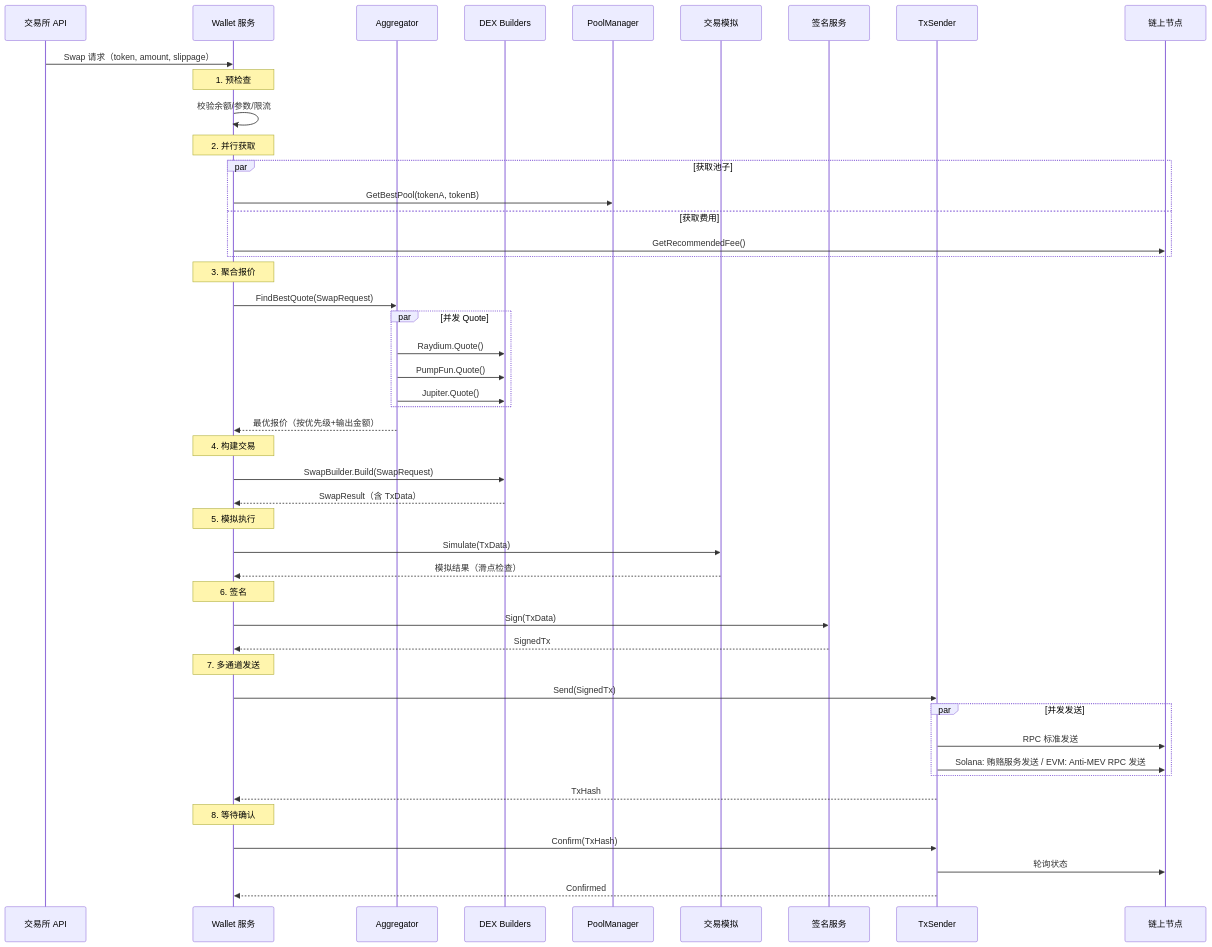
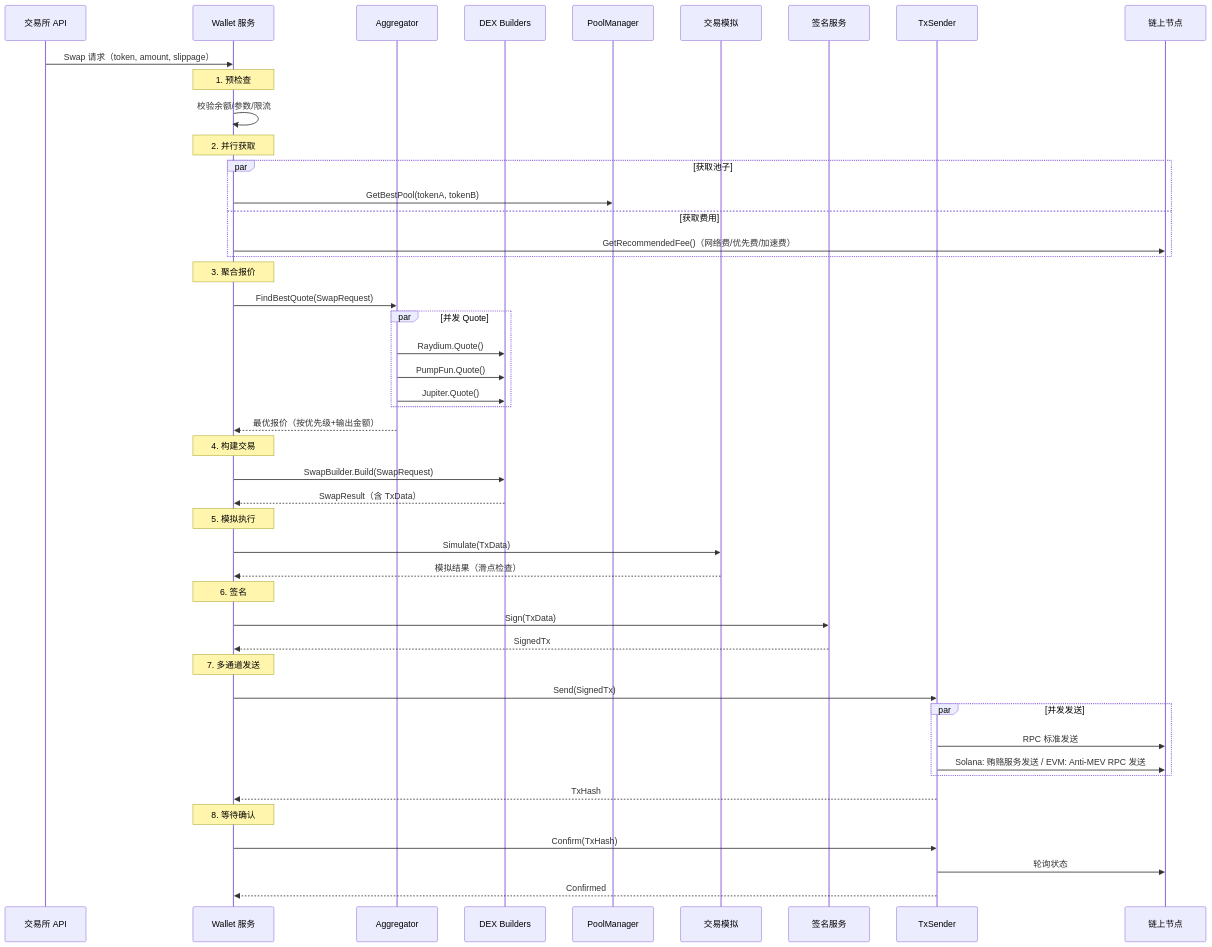
The second of 5 diagrams in 00-architecture/README.md (Dawanyezhi/dex-trade-engine), drawn with Mermaid before and after one commit. The commit also changed other lines of this file and 11 other files, not shown here.

Commit message:
补充文档与流程图

````diff
--- a/00-architecture/README.md
+++ b/00-architecture/README.md
@@ -125,58 +126,58 @@
 ```mermaid
 sequenceDiagram
     participant API as 交易所 API
     participant Wallet as Wallet 服务
     participant Agg as Aggregator
     participant DEX as DEX Builders
     participant Pool as PoolManager
     participant Sim as 交易模拟
     participant Sign as 签名服务
     participant TX as TxSender
     participant Chain as 链上节点
 
     API->>Wallet: Swap 请求（token, amount, slippage）
 
     Note over Wallet: 1. 预检查
     Wallet->>Wallet: 校验余额/参数/限流
 
     Note over Wallet: 2. 并行获取
     par 获取池子
         Wallet->>Pool: GetBestPool(tokenA, tokenB)
     and 获取费用
-        Wallet->>Chain: GetRecommendedFee()
+        Wallet->>Chain: GetRecommendedFee()（网络费/优先费/加速费）
     end
 
     Note over Wallet: 3. 聚合报价
     Wallet->>Agg: FindBestQuote(SwapRequest)
     par 并发 Quote
         Agg->>DEX: Raydium.Quote()
         Agg->>DEX: PumpFun.Quote()
         Agg->>DEX: Jupiter.Quote()
     end
     Agg-->>Wallet: 最优报价（按优先级+输出金额）
 
     Note over Wallet: 4. 构建交易
     Wallet->>DEX: SwapBuilder.Build(SwapRequest)
     DEX-->>Wallet: SwapResult（含 TxData）
 
     Note over Wallet: 5. 模拟执行
     Wallet->>Sim: Simulate(TxData)
     Sim-->>Wallet: 模拟结果（滑点检查）
 
     Note over Wallet: 6. 签名
     Wallet->>Sign: Sign(TxData)
     Sign-->>Wallet: SignedTx
 
     Note over Wallet: 7. 多通道发送
     Wallet->>TX: Send(SignedTx)
     par 并发发送
         TX->>Chain: RPC 标准发送
         TX->>Chain: Solana: 贿赂服务发送 / EVM: Anti-MEV RPC 发送
     end
     TX-->>Wallet: TxHash
 
     Note over Wallet: 8. 等待确认
     Wallet->>TX: Confirm(TxHash)
     TX->>Chain: 轮询状态
     TX-->>Wallet: Confirmed
 ```
````
